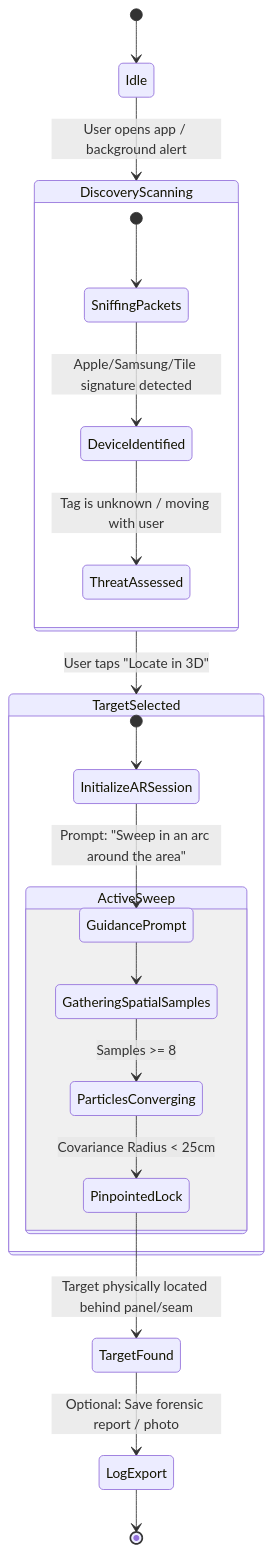
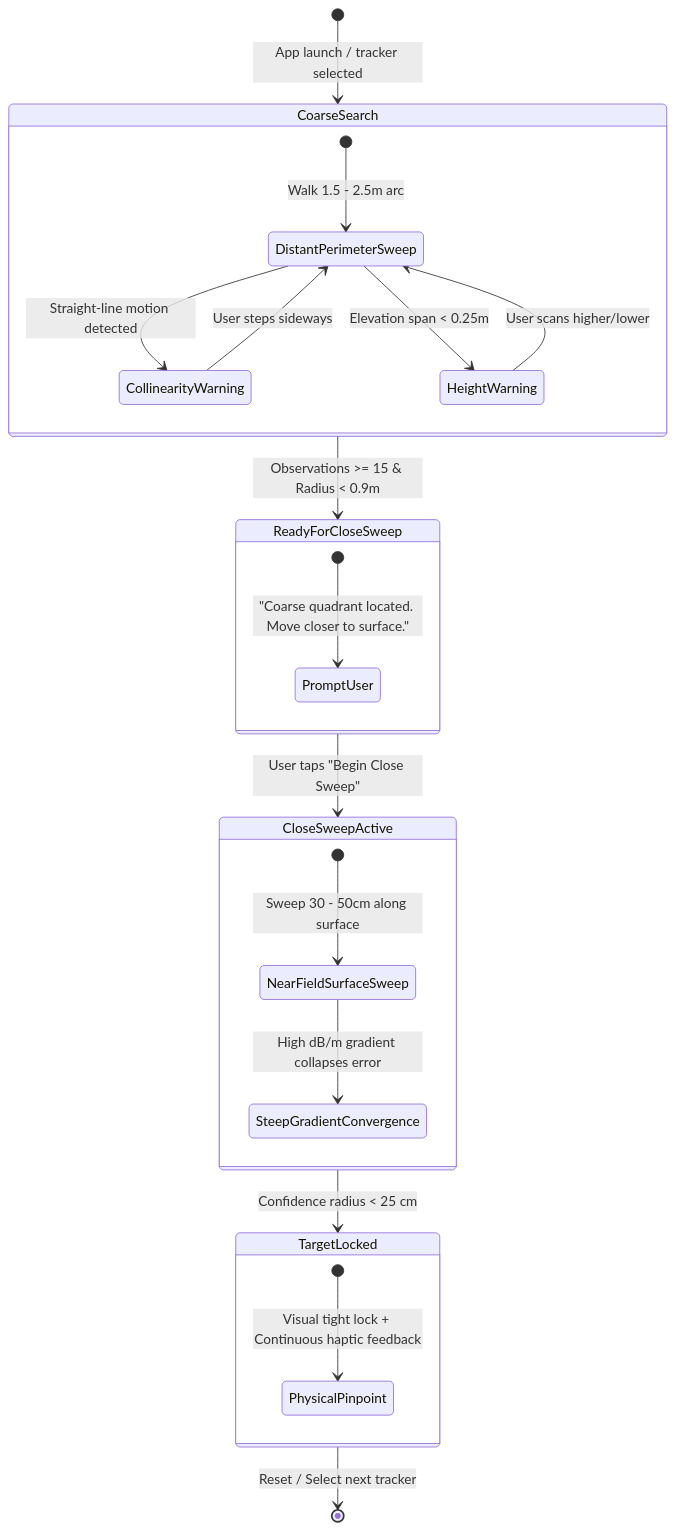
One commit to AkulTyagi11/SnoopVR changed the third of 3 diagrams in docs/SYSTEM_ARCHITECTURE.md. Above: the diagram before and after it, drawn with Mermaid. The commit also changed other lines of this file and 34 other files, not shown here.

Commit message:
feat: complete android ar app, camera background quad, ble classification, and docs alignment

````diff
--- a/docs/SYSTEM_ARCHITECTURE.md
+++ b/docs/SYSTEM_ARCHITECTURE.md
@@ -172,28 +187,33 @@
 ```mermaid
 stateDiagram-v2
-    [*] --> Idle
-    Idle --> DiscoveryScanning : User opens app / background alert
+    [*] --> CoarseSearch : App launch / tracker selected
     
-    state DiscoveryScanning {
-        [*] --> SniffingPackets
-        SniffingPackets --> DeviceIdentified : Apple/Samsung/Tile signature detected
-        DeviceIdentified --> ThreatAssessed : Tag is unknown / moving with user
+    state CoarseSearch {
+        [*] --> DistantPerimeterSweep : Walk 1.5 - 2.5m arc
+        DistantPerimeterSweep --> CollinearityWarning : Straight-line motion detected
+        CollinearityWarning --> DistantPerimeterSweep : User steps sideways
+        DistantPerimeterSweep --> HeightWarning : Elevation span < 0.25m
+        HeightWarning --> DistantPerimeterSweep : User scans higher/lower
     }
     
-    DiscoveryScanning --> TargetSelected : User taps "Locate in 3D"
+    CoarseSearch --> ReadyForCloseSweep : Observations >= 15 & Radius < 0.9m
     
-    state TargetSelected {
-        [*] --> InitializeARSession
-        InitializeARSession --> GuidancePrompt : Prompt: "Sweep in an arc around the area"
-        
-        state ActiveSweep {
-            GuidancePrompt --> GatheringSpatialSamples
-            GatheringSpatialSamples --> ParticlesConverging : Samples >= 8
-            ParticlesConverging --> PinpointedLock : Covariance Radius < 25cm
-        }
+    state ReadyForCloseSweep {
+        [*] --> PromptUser : "Coarse quadrant located. Move closer to surface."
     }
     
-    PinpointedLock --> TargetFound : Target physically located behind panel/seam
-    TargetFound --> LogExport : Optional: Save forensic report / photo
-    LogExport --> [*]
+    ReadyForCloseSweep --> CloseSweepActive : User taps "Begin Close Sweep"
+    
+    state CloseSweepActive {
+        [*] --> NearFieldSurfaceSweep : Sweep 30 - 50cm along surface
+        NearFieldSurfaceSweep --> SteepGradientConvergence : High dB/m gradient collapses error
+    }
+    
+    CloseSweepActive --> TargetLocked : Confidence radius < 25 cm
+    
+    state TargetLocked {
+        [*] --> PhysicalPinpoint : Visual tight lock + Continuous haptic feedback
+    }
+    
+    TargetLocked --> [*] : Reset / Select next tracker
 ```
````
